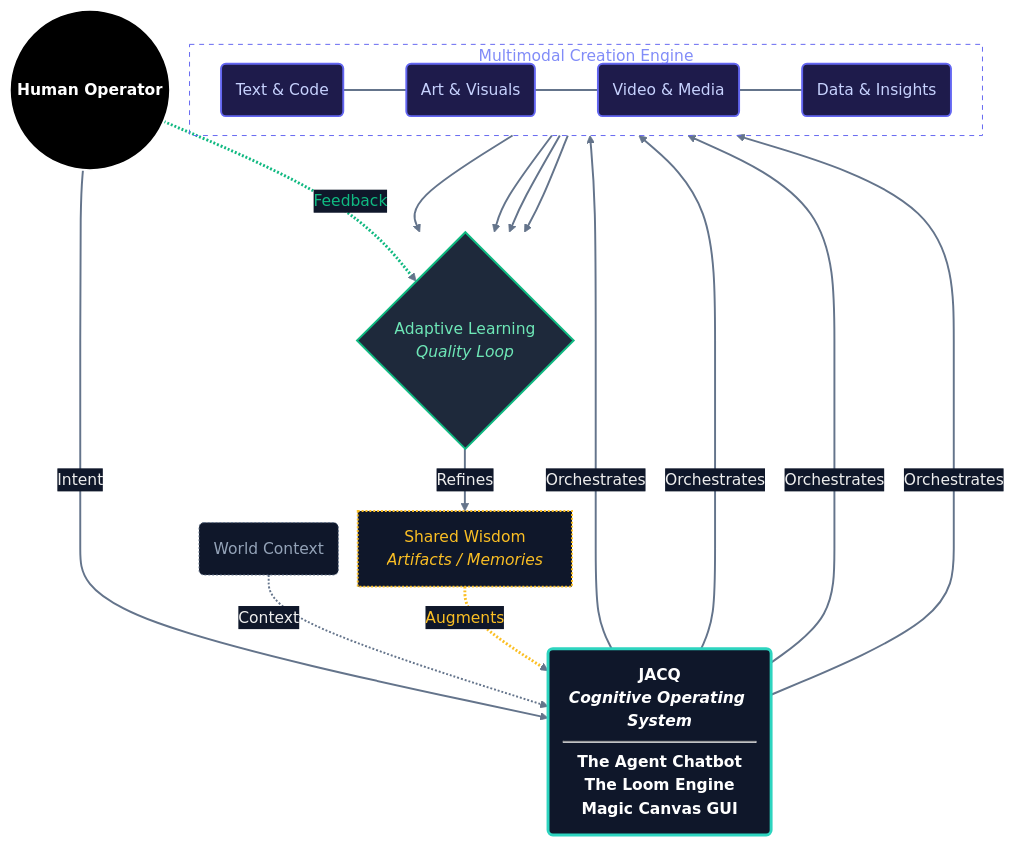
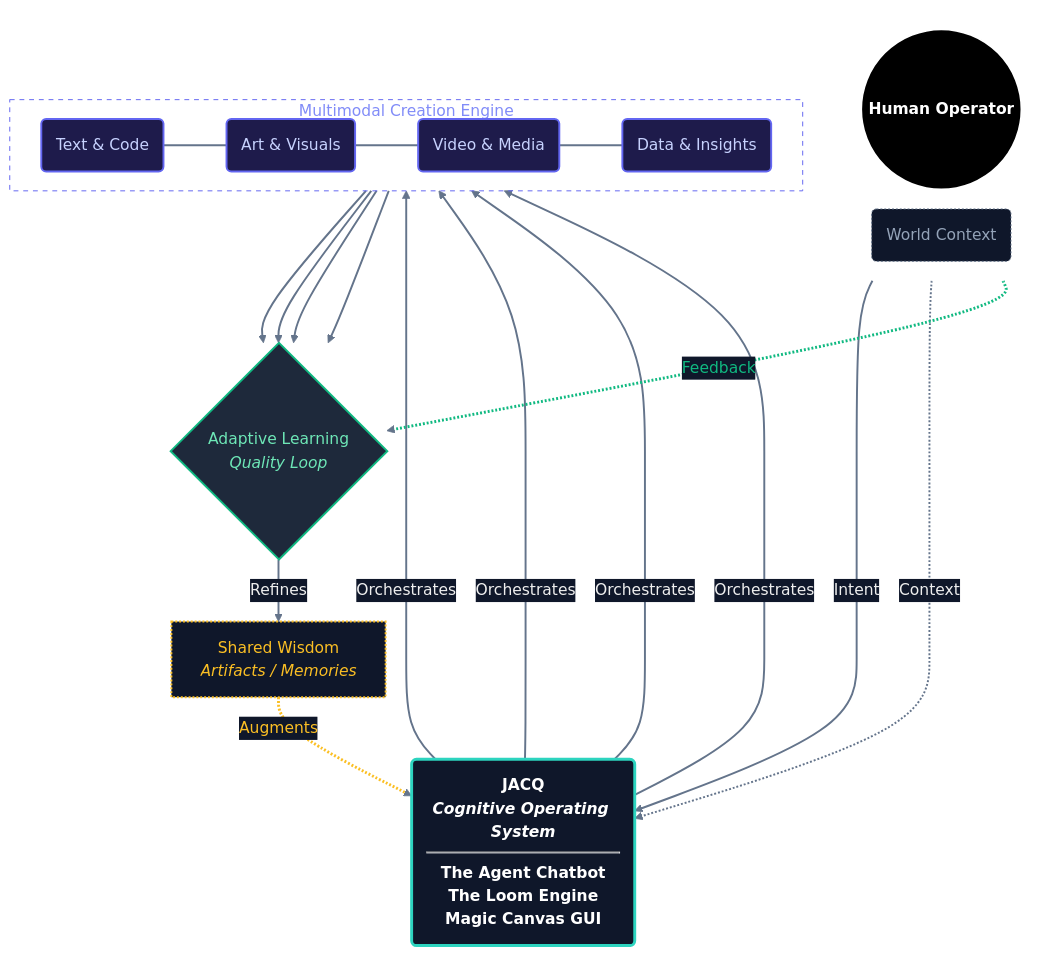
Before and after one commit to shifujosh/shifujosh: the diagram in assets/portfolio_ecosystem.mmd, drawn with Mermaid. The commit also changed 2 other files, not shown here.

Commit message:
style: update portfolio diagram (round 15 - co-creation origin) & bust cache

```diff
--- a/assets/portfolio_ecosystem.mmd
+++ b/assets/portfolio_ecosystem.mmd
@@ -1,68 +1,72 @@
 %%{init: {'theme': 'base', 'themeVariables': { 'darkMode': true, 'background': 'transparent', 'primaryColor': '#1e293b', 'edgeLabelBackground':'#0f172a', 'fontSize': '16px', 'fontFamily': 'Inter, system-ui, -apple-system, BlinkMacSystemFont, Segoe UI, Roboto, Helvetica Neue, Arial, sans-serif' }, 'flowchart': { 'rankSpacing': 40, 'nodeSpacing': 20, 'curve': 'basis' } }}%%
 graph TD
     %% Styling - Minimalist Dark Mode with Frontier Accents
     %% Hub: Central OS
     classDef hub fill:#0f172a,stroke:#2dd4bf,stroke-width:3px,color:#fff,font-weight:bold;
     %% Shared: Wisdom/Memory
     classDef wisdom fill:#0f172a,stroke:#fbbf24,stroke-width:2px,color:#fbbf24,stroke-dasharray: 2 2;
     %% Actor: User
     classDef actor fill:#000000,stroke:#fff,stroke-width:2px,color:#fff,font-weight:bold;
     %% Input: Context
     classDef input fill:#0f172a,stroke:#64748b,stroke-width:1px,color:#94a3b8,stroke-dasharray: 2 2;
     %% Frontier: Multimodal outputs
     classDef frontier fill:#1e1b4b,stroke:#6366f1,stroke-width:2px,color:#c7d2fe;
     %% Learning Loop
     classDef loop fill:#1e293b,stroke:#10b981,stroke-width:2px,color:#6ee7b7;
 
-    %% 1. Inputs - Top Level
-    User((Human Operator)):::actor
-    World(World Context):::input
+    %% 1. Inputs - Top Level (Co-Creation)
+    subgraph Origin [Origin & Inspiration]
+        direction LR
+        style Origin fill:none,stroke:#fff,stroke-width:1px,stroke-dasharray: 5 5,color:#fff
+        User((Human Operator)):::actor
+        World(World Context):::input
+    end
 
     %% 2. The Core
     JACQ(<b>JACQ</b><br/><i>Cognitive Operating System</i><hr/>The Agent <b>Chatbot</b><br/>The Loom <b>Engine</b><br/>Magic Canvas <b>GUI</b>):::hub
 
     %% 3. Multimodal Output Engine (Simplified)
     subgraph Outputs [Multimodal Creation Engine]
         direction LR
         style Outputs fill:none,stroke:#6366f1,stroke-width:1px,stroke-dasharray: 5 5,color:#818cf8
         Text(Text & Code):::frontier
         Visuals(Art & Visuals):::frontier
         Media(Video & Media):::frontier
         Data(Data & Insights):::frontier
     end
     
     %% 4. The Virtuous Cycle
     Learning{Adaptive Learning<br/><i>Quality Loop</i>}:::loop
     Wisdom[Shared Wisdom<br/><i>Artifacts / Memories</i>]:::wisdom
 
     %% Connection Logic - Vertical Flow
     User ==>|Intent| JACQ
     World -.->|Context| JACQ
     
     %% JACQ Direct to Outputs (Skipping Infra)
     JACQ ==>|Orchestrates| Text
     JACQ ==>|Orchestrates| Visuals
     JACQ ==>|Orchestrates| Media
     JACQ ==>|Orchestrates| Data
     
     %% Force Output Alignment
     Text ~~~ Visuals ~~~ Media ~~~ Data
     
     %% The Adaptive Loop
     Text --> Learning
     Visuals --> Learning
     Media --> Learning
     Data --> Learning
     
     %% Human in the Loop
     User -.->|Feedback| Learning
     
     Learning ==>|Refines| Wisdom
     Wisdom -.->|Augments| JACQ
 
     %% Layout - Explicit Link Styling
     linkStyle default stroke-width:2px,fill:none,stroke:#64748b
     
     %% Highlight Feedback (Green) and Wisdom (Yellow) Loops
     linkStyle 13 stroke:#10b981,stroke-width:3px,color:#10b981
     linkStyle 15 stroke:#fbbf24,stroke-width:3px,color:#fbbf24
```
